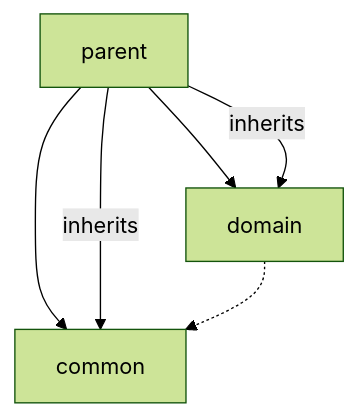
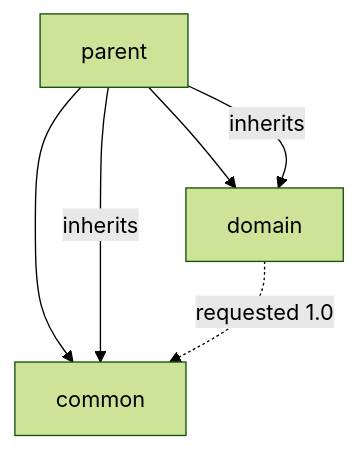
Before and after one commit to mjhaugsdal/maven-architect-plugin: the second of 2 diagrams in README.md, drawn with Mermaid (forest theme). The commit also changed other lines of this file and 19 other files, not shown here.

````diff
--- a/README.md
+++ b/README.md
@@ -132,11 +143,11 @@
 ```mermaid
 flowchart TD
     n0["common"]
     n1["domain"]
     n2["parent"]
     n2 --> n0
     n2 -->|inherits| n0
     n2 --> n1
     n2 -->|inherits| n1
-    n1 -.-> n0
+    n1 -.->|requested 1.0| n0
 ```
````
